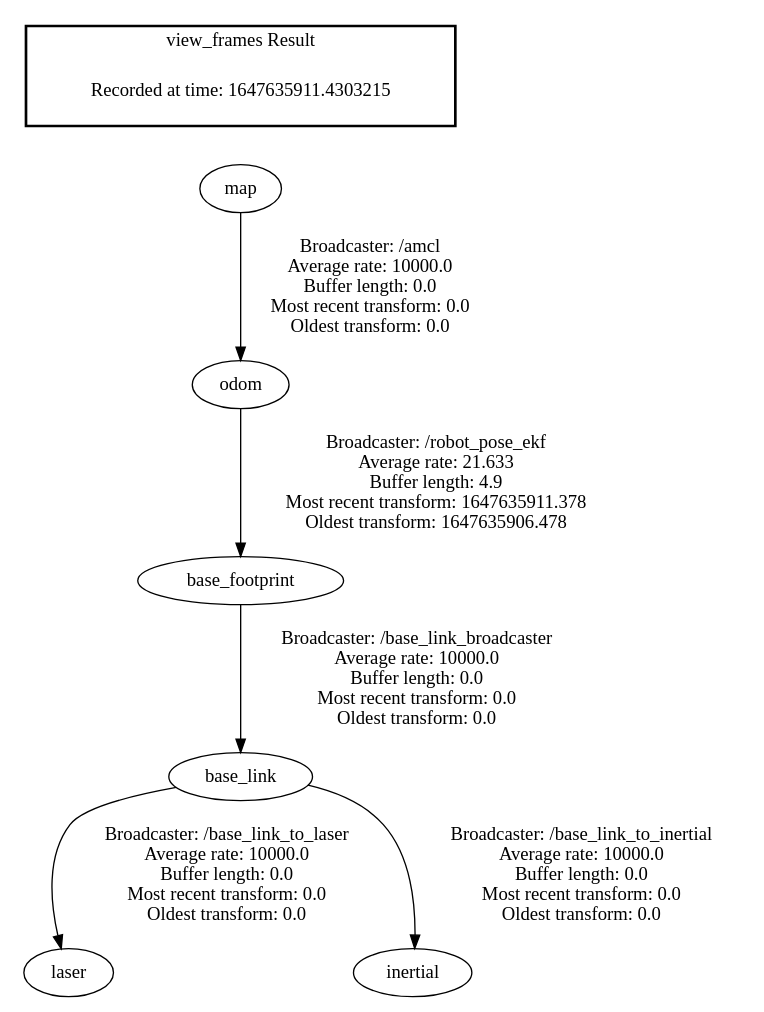
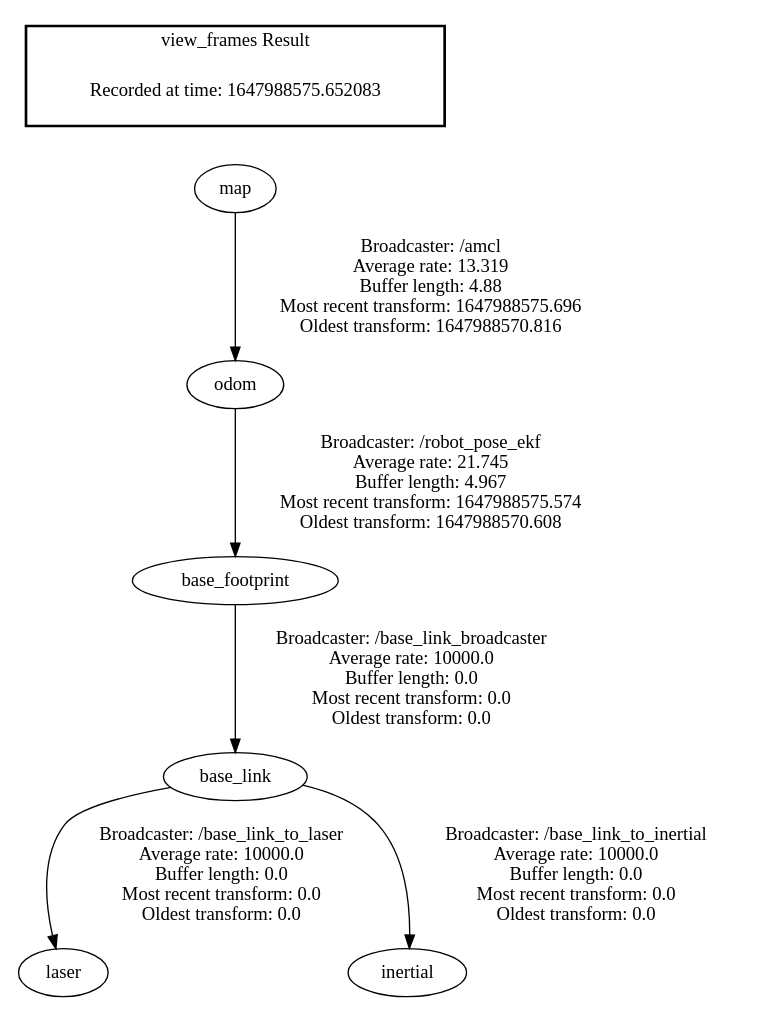
The diagram in catkin_ws/frames.gv (Aemon777/chickies-robot), drawn with Graphviz before and after one commit. The commit also changed 4 other files, not shown here.

```diff
--- a/catkin_ws/frames.gv
+++ b/catkin_ws/frames.gv
@@ -1,11 +1,11 @@
 digraph G {
+"base_link" -> "laser"[label=" Broadcaster: /base_link_to_laser\nAverage rate: 10000.0\nBuffer length: 0.0\nMost recent transform: 0.0\nOldest transform: 0.0\n"];
 "base_footprint" -> "base_link"[label=" Broadcaster: /base_link_broadcaster\nAverage rate: 10000.0\nBuffer length: 0.0\nMost recent transform: 0.0\nOldest transform: 0.0\n"];
-"odom" -> "base_footprint"[label=" Broadcaster: /robot_pose_ekf\nAverage rate: 21.633\nBuffer length: 4.9\nMost recent transform: 1647635911.378\nOldest transform: 1647635906.478\n"];
-"base_link" -> "laser"[label=" Broadcaster: /base_link_to_laser\nAverage rate: 10000.0\nBuffer length: 0.0\nMost recent transform: 0.0\nOldest transform: 0.0\n"];
-"map" -> "odom"[label=" Broadcaster: /amcl\nAverage rate: 10000.0\nBuffer length: 0.0\nMost recent transform: 0.0\nOldest transform: 0.0\n"];
+"odom" -> "base_footprint"[label=" Broadcaster: /robot_pose_ekf\nAverage rate: 21.745\nBuffer length: 4.967\nMost recent transform: 1647988575.574\nOldest transform: 1647988570.608\n"];
 "base_link" -> "inertial"[label=" Broadcaster: /base_link_to_inertial\nAverage rate: 10000.0\nBuffer length: 0.0\nMost recent transform: 0.0\nOldest transform: 0.0\n"];
+"map" -> "odom"[label=" Broadcaster: /amcl\nAverage rate: 13.319\nBuffer length: 4.88\nMost recent transform: 1647988575.696\nOldest transform: 1647988570.816\n"];
 edge [style=invis];
  subgraph cluster_legend { style=bold; color=black; label ="view_frames Result";
-"Recorded at time: 1647635911.4303215"[ shape=plaintext ] ;
+"Recorded at time: 1647988575.652083"[ shape=plaintext ] ;
 }->"map";
 }
```
